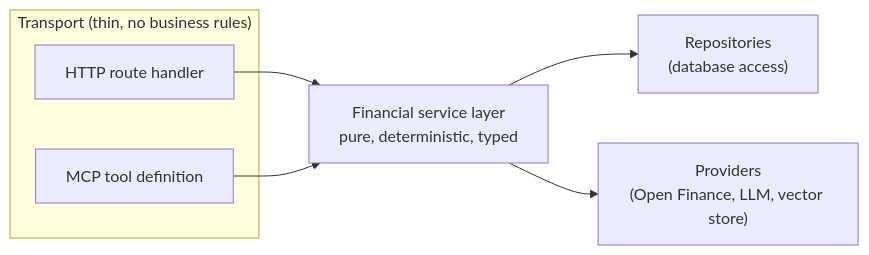
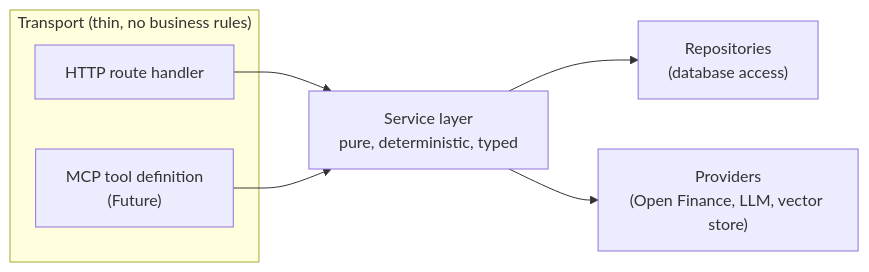
The third of 6 diagrams in docs/architecture.md (joaopaulodevv/compass), drawn with Mermaid before and after one commit. The commit also changed other lines of this file and 7 other files, not shown here.

````diff
--- a/docs/architecture.md
+++ b/docs/architecture.md
@@ -81,14 +87,14 @@
 ```mermaid
 flowchart LR
     subgraph transports["Transport (thin, no business rules)"]
         http["HTTP route handler"]
-        mcp["MCP tool definition"]
+        mcp["MCP tool definition\n(Future)"]
     end
 
     http --> svc
     mcp --> svc
 
-    svc["Financial service layer\npure, deterministic, typed"]
+    svc["Service layer\npure, deterministic, typed"]
     svc --> repo["Repositories\n(database access)"]
     svc --> prov["Providers\n(Open Finance, LLM, vector store)"]
 ```
````
